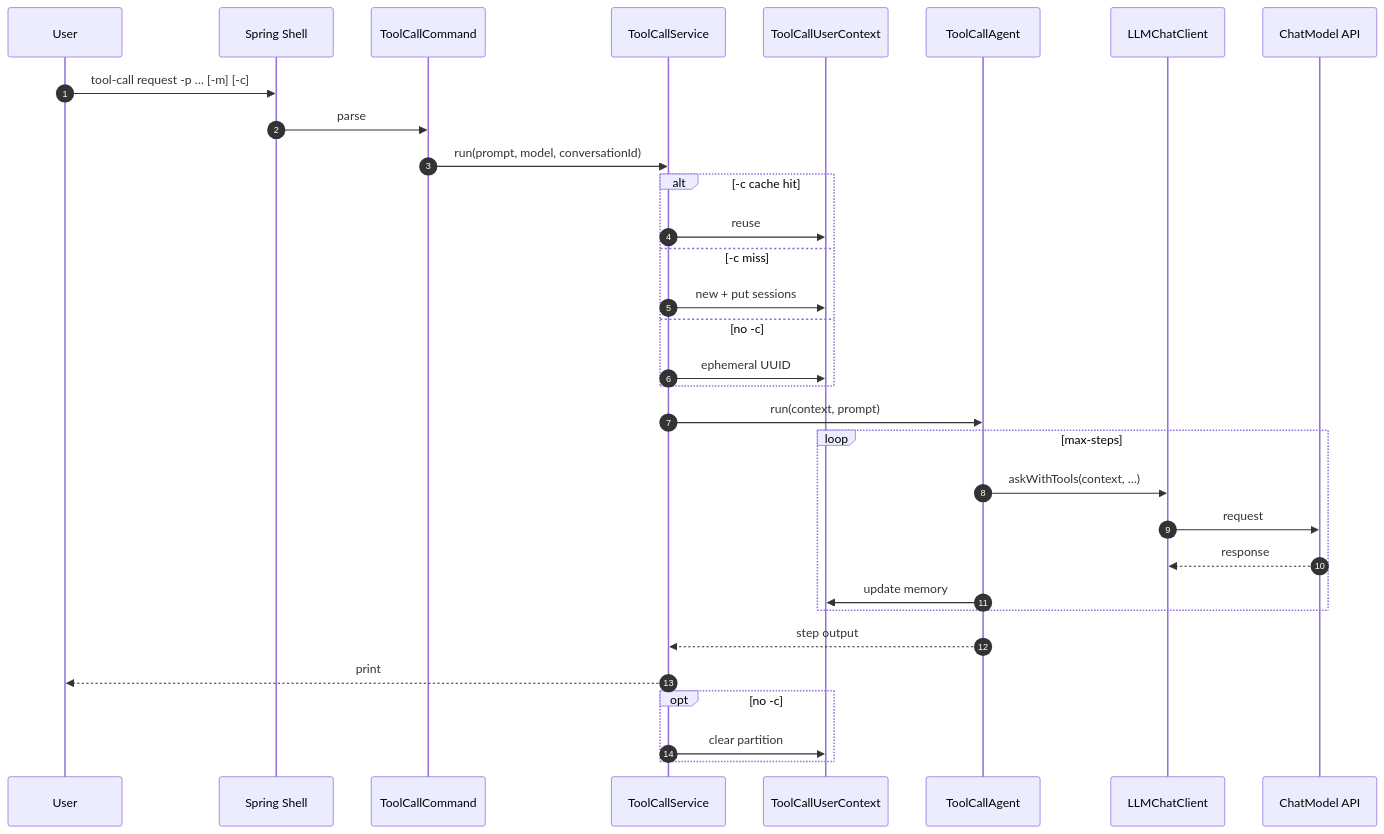
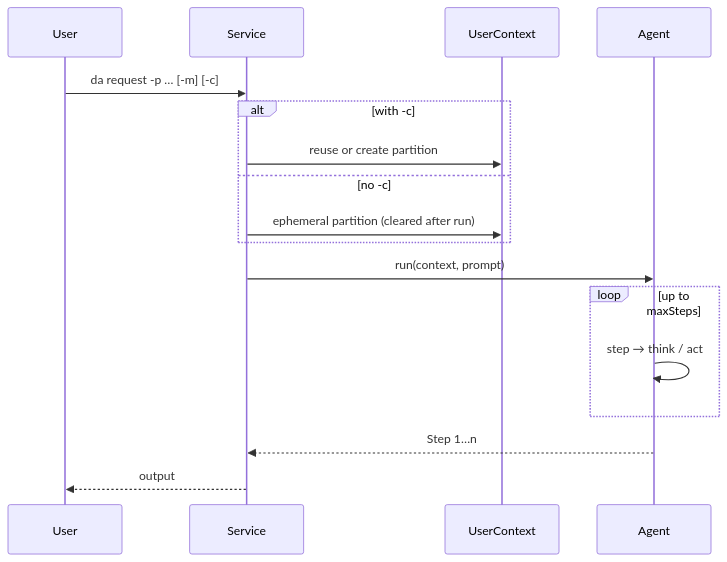
Before and after one commit to jixie-wish/Janus: the diagram in shell/docs/SHELL.en.md, drawn with Mermaid. The commit also changed other lines of this file and 48 other files, not shown here.

````diff
--- a/shell/docs/SHELL.en.md
+++ b/shell/docs/SHELL.en.md
@@ -204,38 +54,20 @@
 ```mermaid
 sequenceDiagram
-    autonumber
     participant U as User
-    participant CLI as Spring Shell
-    participant CMD as ToolCallCommand
-    participant SVC as ToolCallService
-    participant Ctx as ToolCallUserContext
-    participant AG as ToolCallAgent
-    participant LC as LLMChatClient
-    participant API as ChatModel API
+    participant SVC as Service
+    participant CTX as UserContext
+    participant AG as Agent
 
-    U->>CLI: tool-call request -p … [-m] [-c]
-    CLI->>CMD: parse
-    CMD->>SVC: run(prompt, model, conversationId)
-
-    alt -c cache hit
-        SVC->>Ctx: reuse
-    else -c miss
-        SVC->>Ctx: new + put sessions
+    U->>SVC: da request -p … [-m] [-c]
+    alt with -c
+        SVC->>CTX: reuse or create partition
     else no -c
-        SVC->>Ctx: ephemeral UUID
+        SVC->>CTX: ephemeral partition (cleared after run)
     end
-
     SVC->>AG: run(context, prompt)
-    loop max-steps
-        AG->>LC: askWithTools(context, …)
-        LC->>API: request
-        API-->>LC: response
-        AG->>Ctx: update memory
+    loop up to maxSteps
+        AG->>AG: step → think / act
     end
-    AG-->>SVC: step output
-    SVC-->>U: print
-
-    opt no -c
-        SVC->>Ctx: clear partition
-    end
+    AG-->>SVC: Step 1…n
+    SVC-->>U: output
 ```
````
